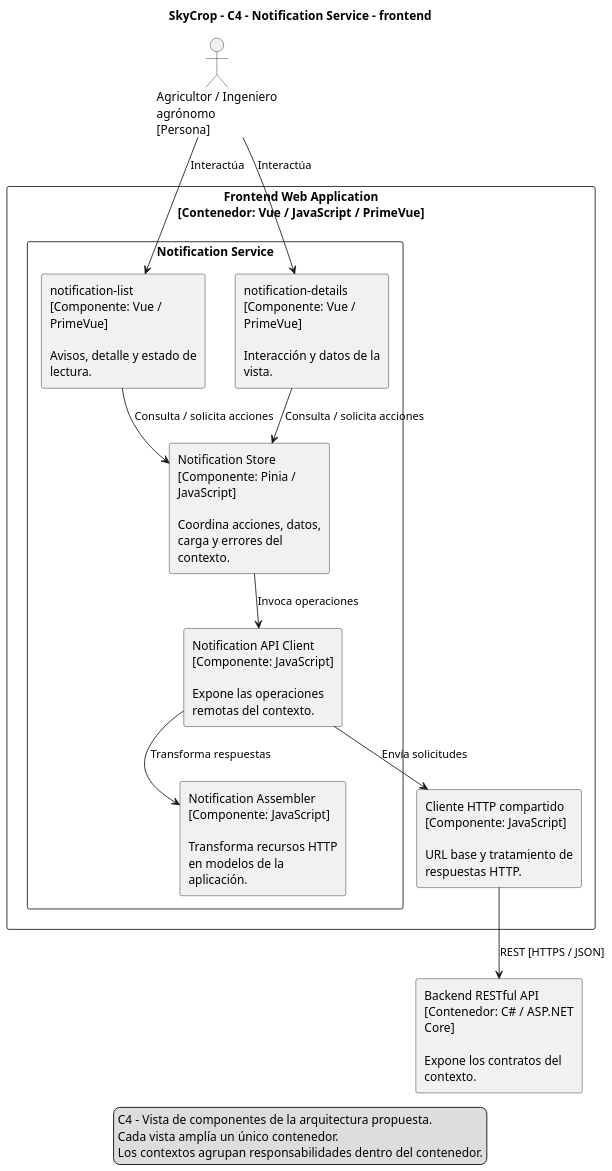
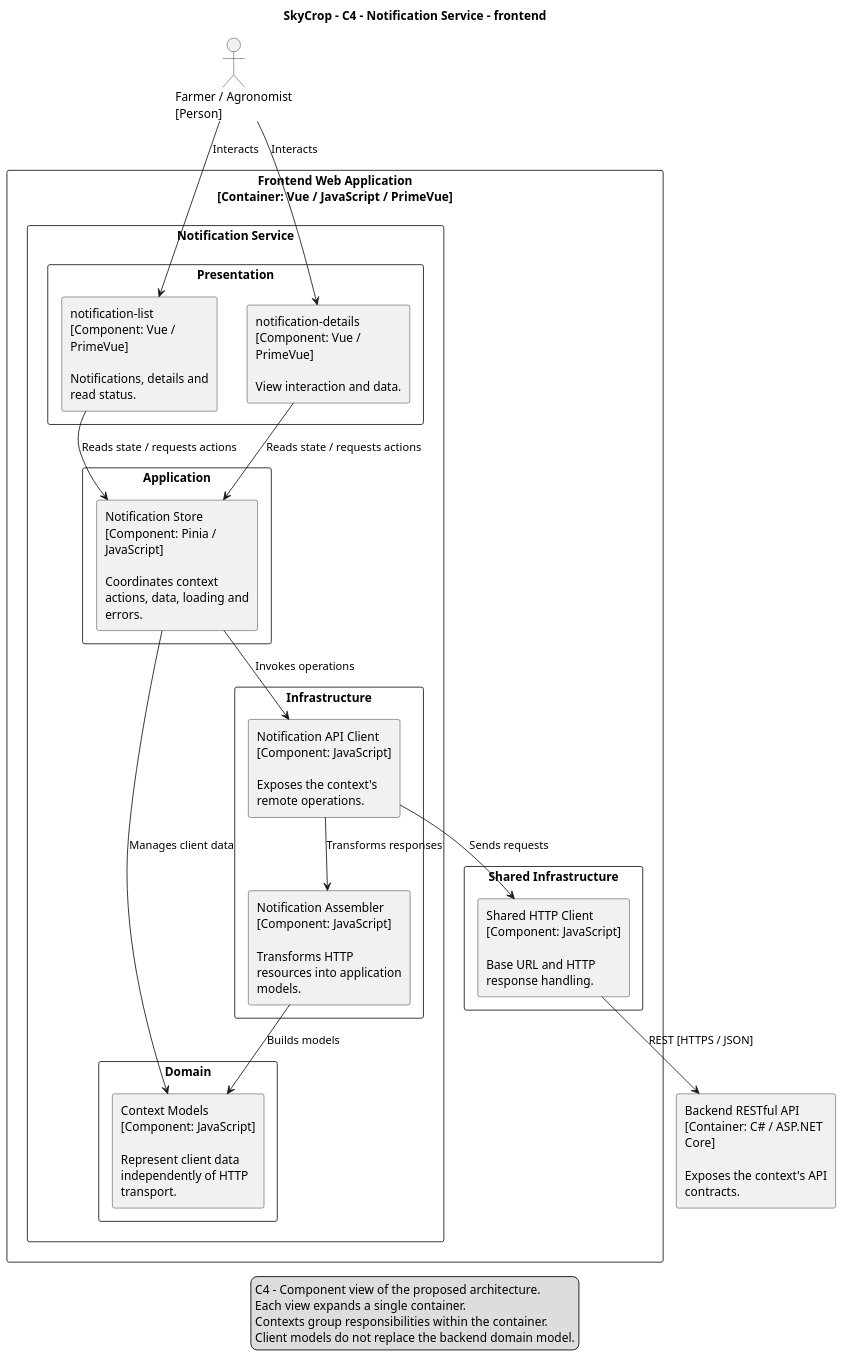
One commit to upc-GreenTech/skycrop-report changed the diagram in resources/imgs/Software Architecture Diagram/contexts/notifications-frontend-components.puml. Above: the diagram before and after it, drawn with PlantUML. The commit also changed 36 other files, not shown here.

Commit message:
feature: organize component diagrams by layer and translate all labels into english.

```diff
--- a/resources/imgs/Software Architecture Diagram/contexts/notifications-frontend-components.puml
+++ b/resources/imgs/Software Architecture Diagram/contexts/notifications-frontend-components.puml
@@ -1,37 +1,51 @@
 @startuml
 skinparam monochrome true
 skinparam shadowing false
 skinparam dpi 120
 skinparam defaultFontName SansSerif
 skinparam componentStyle rectangle
 skinparam wrapWidth 180
 skinparam nodesep 35
 skinparam ranksep 45
 top to bottom direction
 title SkyCrop - C4 - Notification Service - frontend
-actor "Agricultor / Ingeniero agrónomo\n[Persona]" as user
-rectangle "Frontend Web Application\n[Contenedor: Vue / JavaScript / PrimeVue]" {
+actor "Farmer / Agronomist\n[Person]" as user
+rectangle "Frontend Web Application\n[Container: Vue / JavaScript / PrimeVue]" {
 rectangle "Notification Service" {
-component "notification-list\n[Componente: Vue / PrimeVue]\n\nAvisos, detalle y estado de lectura." as view0
-component "notification-details\n[Componente: Vue / PrimeVue]\n\nInteracción y datos de la vista." as view1
-component "Notification Store\n[Componente: Pinia / JavaScript]\n\nCoordina acciones, datos, carga y errores del contexto." as state
-component "Notification API Client\n[Componente: JavaScript]\n\nExpone las operaciones remotas del contexto." as apiclient
-component "Notification Assembler\n[Componente: JavaScript]\n\nTransforma recursos HTTP en modelos de la aplicación." as assembler
+rectangle "Presentation" {
+component "notification-list\n[Component: Vue / PrimeVue]\n\nNotifications, details and read status." as view0
+component "notification-details\n[Component: Vue / PrimeVue]\n\nView interaction and data." as view1
 }
-component "Cliente HTTP compartido\n[Componente: JavaScript]\n\nURL base y tratamiento de respuestas HTTP." as http
+rectangle "Application" {
+component "Notification Store\n[Component: Pinia / JavaScript]\n\nCoordinates context actions, data, loading and errors." as state
 }
-component "Backend RESTful API\n[Contenedor: C# / ASP.NET Core]\n\nExpone los contratos del contexto." as api
-user --> view0 : Interactúa
-view0 --> state : Consulta / solicita acciones
-user --> view1 : Interactúa
-view1 --> state : Consulta / solicita acciones
-state --> apiclient : Invoca operaciones
-apiclient --> assembler : Transforma respuestas
-apiclient --> http : Envía solicitudes
+rectangle "Domain" {
+component "Context Models\n[Component: JavaScript]\n\nRepresent client data independently of HTTP transport." as model
+}
+rectangle "Infrastructure" {
+component "Notification API Client\n[Component: JavaScript]\n\nExposes the context's remote operations." as apiclient
+component "Notification Assembler\n[Component: JavaScript]\n\nTransforms HTTP resources into application models." as assembler
+}
+}
+rectangle "Shared Infrastructure" {
+component "Shared HTTP Client\n[Component: JavaScript]\n\nBase URL and HTTP response handling." as http
+}
+}
+component "Backend RESTful API\n[Container: C# / ASP.NET Core]\n\nExposes the context's API contracts." as api
+user --> view0 : Interacts
+view0 --> state : Reads state / requests actions
+user --> view1 : Interacts
+view1 --> state : Reads state / requests actions
+state --> apiclient : Invokes operations
+state --> model : Manages client data
+assembler --> model : Builds models
+apiclient --> assembler : Transforms responses
+apiclient --> http : Sends requests
 http --> api : REST [HTTPS / JSON]
 legend bottom
-C4 - Vista de componentes de la arquitectura propuesta.
-Cada vista amplía un único contenedor.
-Los contextos agrupan responsabilidades dentro del contenedor.
+C4 - Component view of the proposed architecture.
+Each view expands a single container.
+Contexts group responsibilities within the container.
+Client models do not replace the backend domain model.
 endlegend
 @enduml
```
